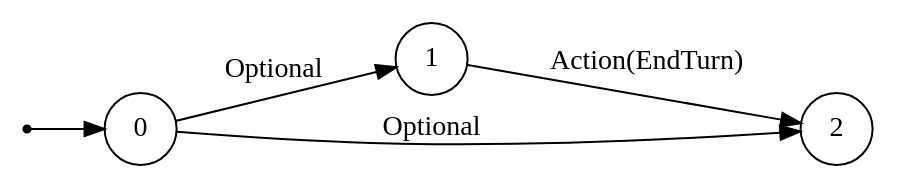
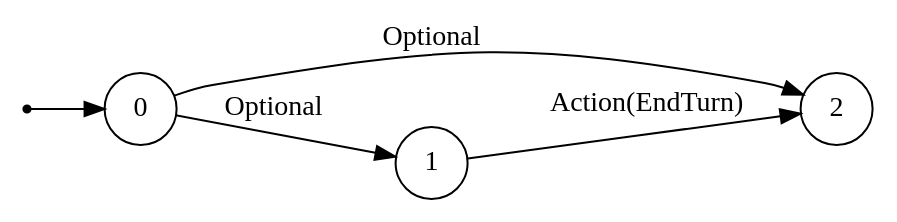
Before and after one commit to mentalcardgames/mcg: the diagram in ir/tests_out/optional_rule.dot, drawn with Graphviz. The commit also changed other lines of this file and 18 other files, not shown here.

```diff
--- a/ir/tests_out/optional_rule.dot
+++ b/ir/tests_out/optional_rule.dot
@@ -1,9 +1,9 @@
 digraph FSM {
   rankdir=LR;
   node [shape = circle];
-  1 -> 2 [label="Action(EndTurn)"];
   0 -> 2 [label="Optional"];
   0 -> 1 [label="Optional"];
+  1 -> 2 [label="Action(EndTurn)"];
   start [shape=point];
   start -> 0;
 }
```
